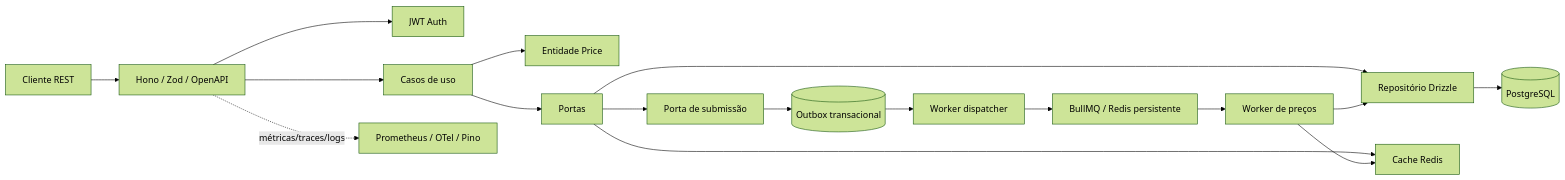
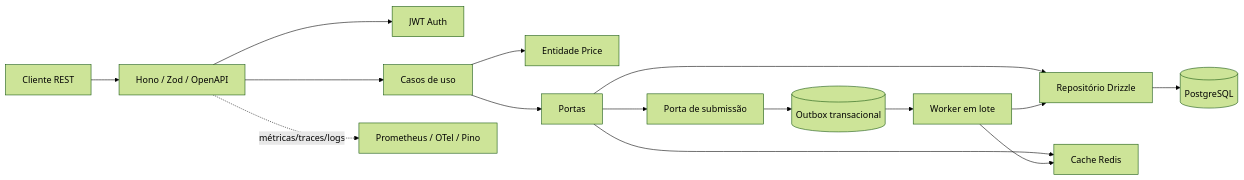
One commit to osvaldoaurelio/super changed the diagram in README.md. Above: the diagram before and after it, drawn with Mermaid (forest theme). The commit also changed other lines of this file and 31 other files, not shown here.

````diff
--- a/README.md
+++ b/README.md
@@ -66,19 +66,17 @@
 ```mermaid
 flowchart LR
   Client[Cliente REST] --> Hono[Hono / Zod / OpenAPI]
   Hono --> Auth[JWT Auth]
   Hono --> UseCases[Casos de uso]
   UseCases --> Domain[Entidade Price]
   UseCases --> Ports[Portas]
   Ports --> Repo[Repositório Drizzle]
   Ports --> Cache[Cache Redis]
   Ports --> Queue[Porta de submissão]
   Repo --> PG[(PostgreSQL)]
   Queue --> Outbox[(Outbox transacional)]
-  Outbox --> Dispatcher[Worker dispatcher]
-  Dispatcher --> Bull[BullMQ / Redis persistente]
-  Bull --> Consumer[Worker de preços]
+  Outbox --> Consumer[Worker em lote]
   Consumer --> Repo
   Consumer --> Cache
   Hono -. métricas/traces/logs .-> Obs[Prometheus / OTel / Pino]
 ```
````
